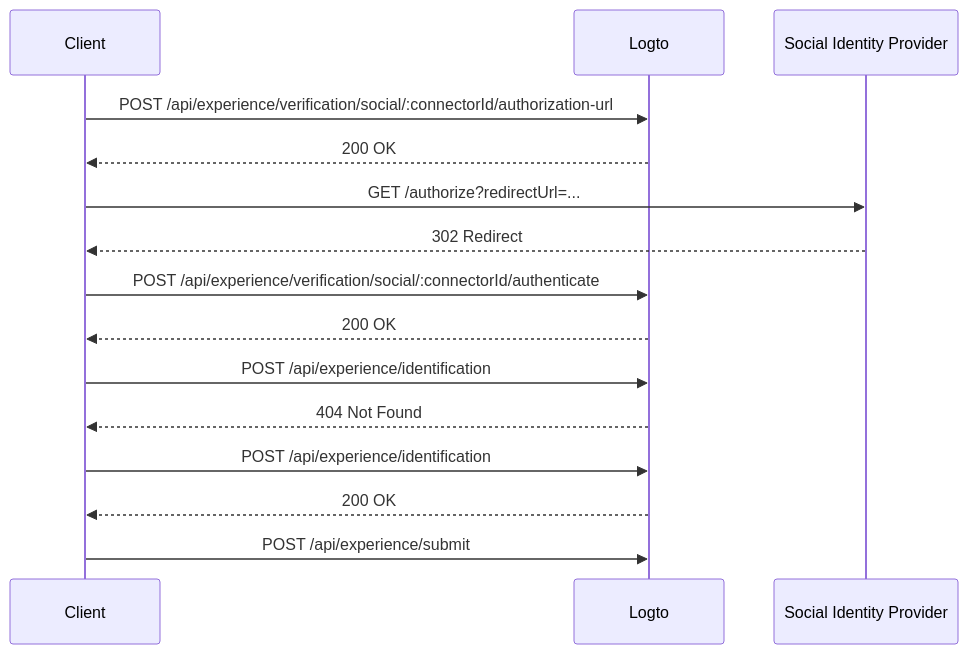
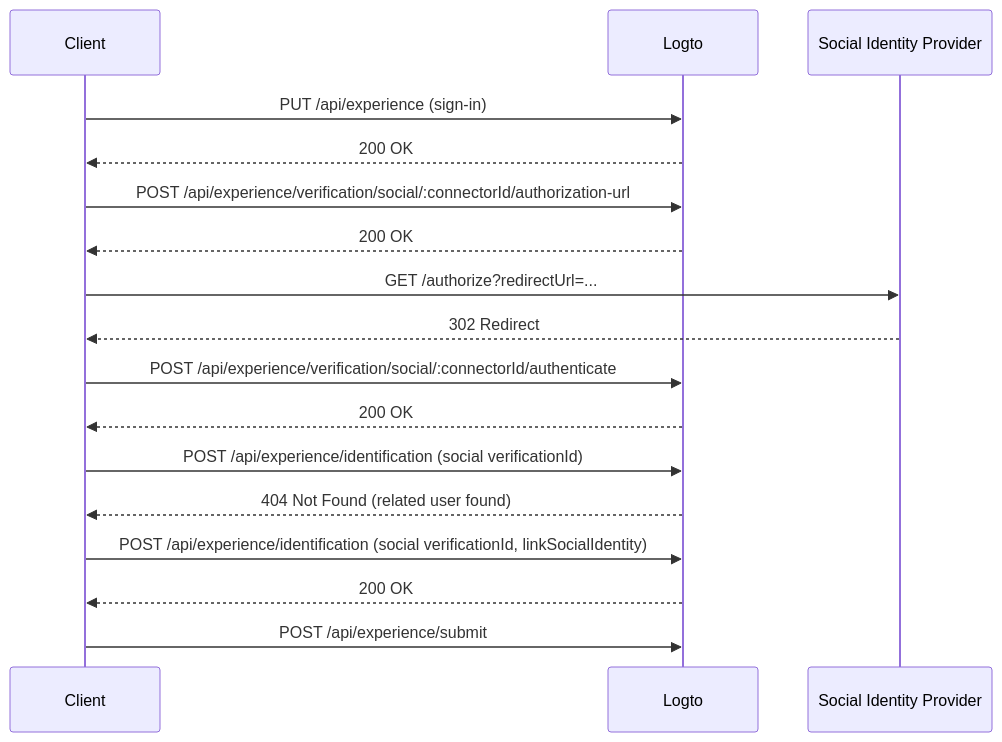
Diagram 14 of 22 in draft/0004-experience-api.md (logto-io/rfcs), drawn with Mermaid before and after one commit. The commit also changed other lines of this file, not shown here.

First line of the commit message:
refactor: update experience API rfc

````diff
--- a/draft/0004-experience-api.md
+++ b/draft/0004-experience-api.md
@@ -796,18 +842,20 @@
 ```mermaid
 sequenceDiagram
     participant C as Client
     participant L as Logto
     participant S as Social Identity Provider
 
+    C->>L: PUT /api/experience (sign-in)
+    L-->>C: 200 OK
     C->>L: POST /api/experience/verification/social/:connectorId/authorization-url
     L-->>C: 200 OK
     C->>S: GET /authorize?redirectUrl=...
     S-->>C: 302 Redirect
     C->>L: POST /api/experience/verification/social/:connectorId/authenticate
     L-->>C: 200 OK
-    C->>L: POST /api/experience/identification
-    L-->>C: 404 Not Found
-    C->>L: POST /api/experience/identification
+    C->>L: POST /api/experience/identification (social verificationId)
+    L-->>C: 404 Not Found (related user found)
+    C->>L: POST /api/experience/identification (social verificationId, linkSocialIdentity)
     L-->>C: 200 OK
     C->>L: POST /api/experience/submit
 ```
````
